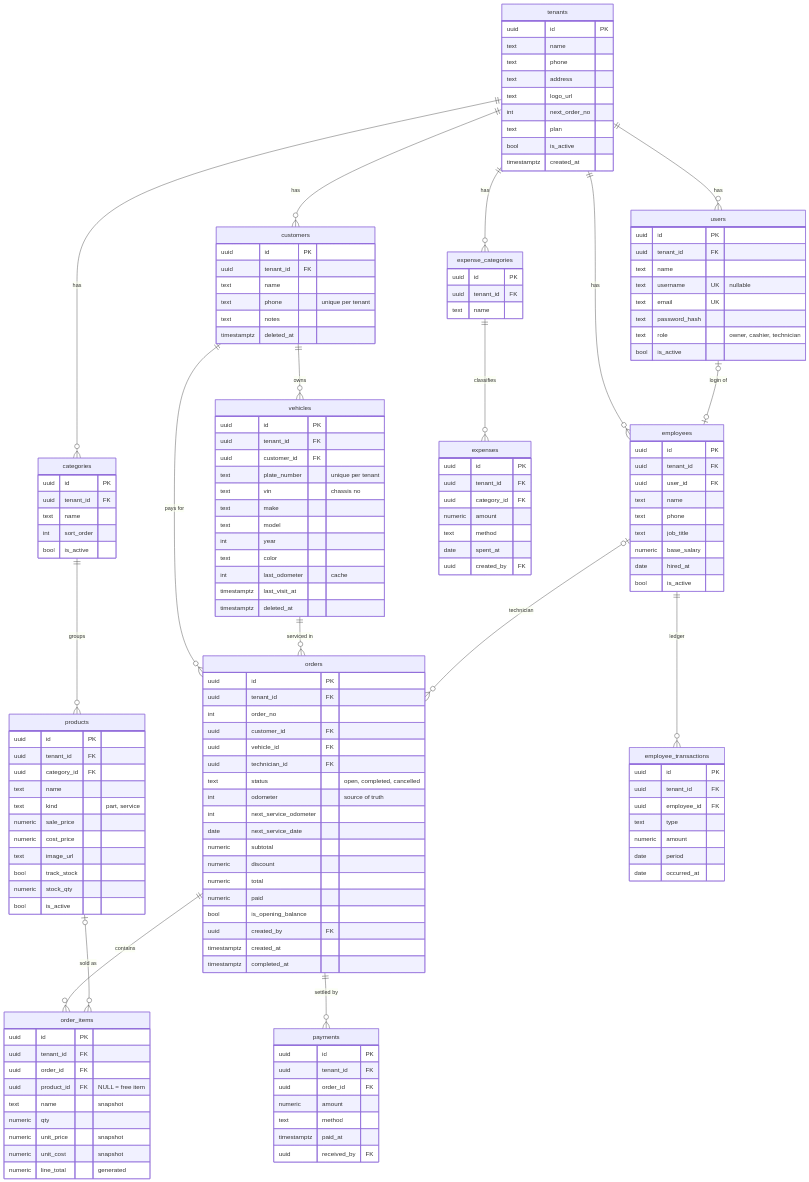
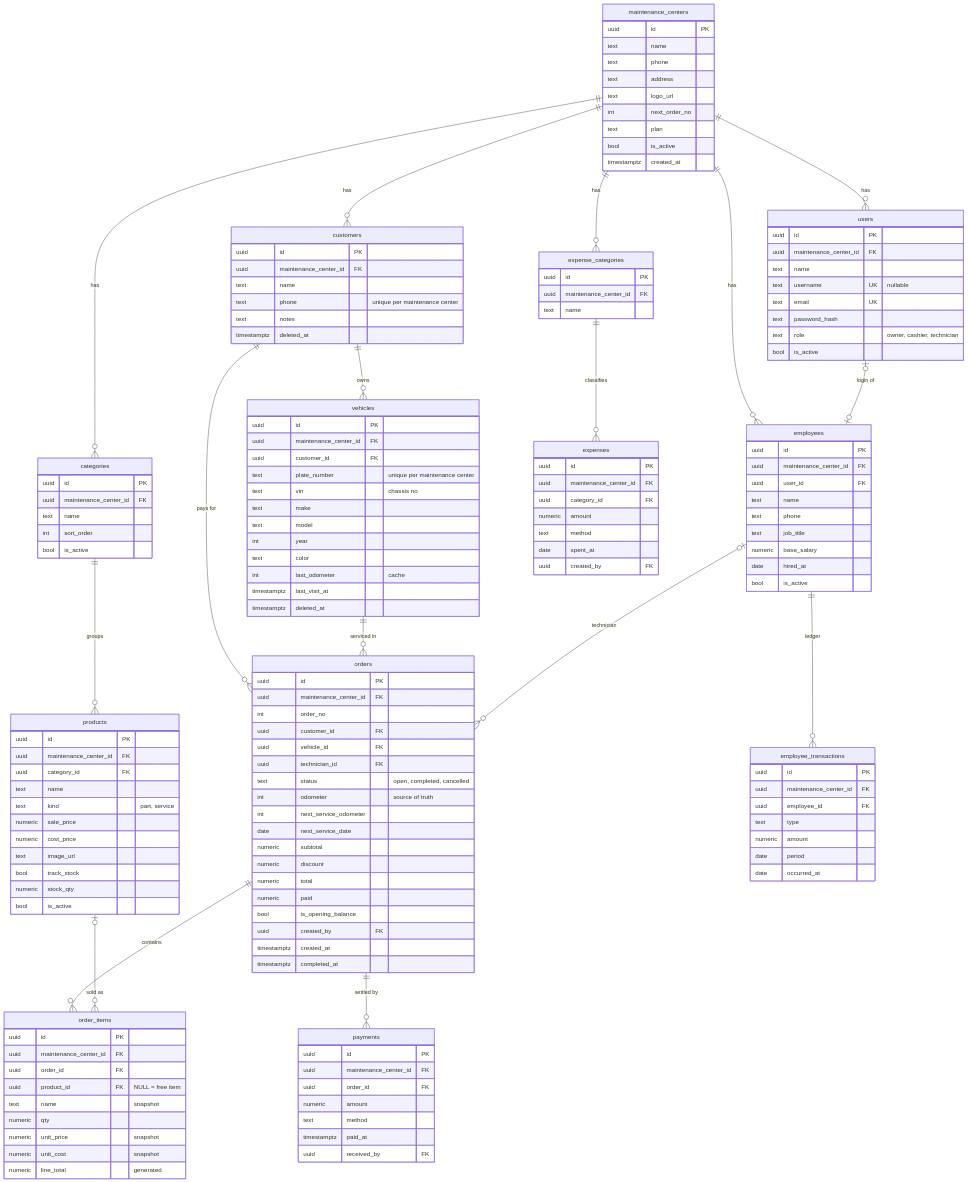
One commit to Zyad009/fix changed the first of 2 diagrams in shortdoc.md. Above: the diagram before and after it, drawn with Mermaid. The commit also changed other lines of this file and 115 other files, not shown here.

First line of the commit message:
refactor!: rename tenant to maintenance center

````diff
--- a/shortdoc.md
+++ b/shortdoc.md
@@ -102,6 +103,6 @@
 ```mermaid
 erDiagram
-    tenants {
+    maintenance_centers {
         uuid id PK
         text name
         text phone
@@ -114,7 +115,7 @@
     }
     users {
         uuid id PK
-        uuid tenant_id FK
+        uuid maintenance_center_id FK
         text name
         text username UK "nullable"
         text email UK
@@ -124,17 +125,17 @@
     }
     customers {
         uuid id PK
-        uuid tenant_id FK
+        uuid maintenance_center_id FK
         text name
-        text phone "unique per tenant"
+        text phone "unique per maintenance center"
         text notes
         timestamptz deleted_at
     }
     vehicles {
         uuid id PK
-        uuid tenant_id FK
+        uuid maintenance_center_id FK
         uuid customer_id FK
-        text plate_number "unique per tenant"
+        text plate_number "unique per maintenance center"
         text vin "chassis no"
         text make
         text model
@@ -146,14 +147,14 @@
     }
     categories {
         uuid id PK
-        uuid tenant_id FK
+        uuid maintenance_center_id FK
         text name
         int sort_order
         bool is_active
     }
     products {
         uuid id PK
-        uuid tenant_id FK
+        uuid maintenance_center_id FK
         uuid category_id FK
         text name
         text kind "part, service"
@@ -166,7 +167,7 @@
     }
     employees {
         uuid id PK
-        uuid tenant_id FK
+        uuid maintenance_center_id FK
         uuid user_id FK
         text name
         text phone
@@ -177,7 +178,7 @@
     }
     orders {
         uuid id PK
-        uuid tenant_id FK
+        uuid maintenance_center_id FK
         int order_no
         uuid customer_id FK
         uuid vehicle_id FK
@@ -197,7 +198,7 @@
     }
     order_items {
         uuid id PK
-        uuid tenant_id FK
+        uuid maintenance_center_id FK
         uuid order_id FK
         uuid product_id FK "NULL = free item"
         text name "snapshot"
@@ -208,7 +209,7 @@
     }
     payments {
         uuid id PK
-        uuid tenant_id FK
+        uuid maintenance_center_id FK
         uuid order_id FK
         numeric amount
         text method
@@ -217,7 +218,7 @@
     }
     employee_transactions {
         uuid id PK
-        uuid tenant_id FK
+        uuid maintenance_center_id FK
         uuid employee_id FK
         text type
         numeric amount
@@ -226,23 +227,23 @@
     }
     expense_categories {
         uuid id PK
-        uuid tenant_id FK
+        uuid maintenance_center_id FK
         text name
     }
     expenses {
         uuid id PK
-        uuid tenant_id FK
+        uuid maintenance_center_id FK
         uuid category_id FK
         numeric amount
         text method
         date spent_at
         uuid created_by FK
     }
-    tenants ||--o{ users : has
-    tenants ||--o{ customers : has
-    tenants ||--o{ categories : has
-    tenants ||--o{ employees : has
-    tenants ||--o{ expense_categories : has
+    maintenance_centers ||--o{ users : has
+    maintenance_centers ||--o{ customers : has
+    maintenance_centers ||--o{ categories : has
+    maintenance_centers ||--o{ employees : has
+    maintenance_centers ||--o{ expense_categories : has
     customers ||--o{ vehicles : owns
     customers ||--o{ orders : "pays for"
     vehicles ||--o{ orders : "serviced in"
````
